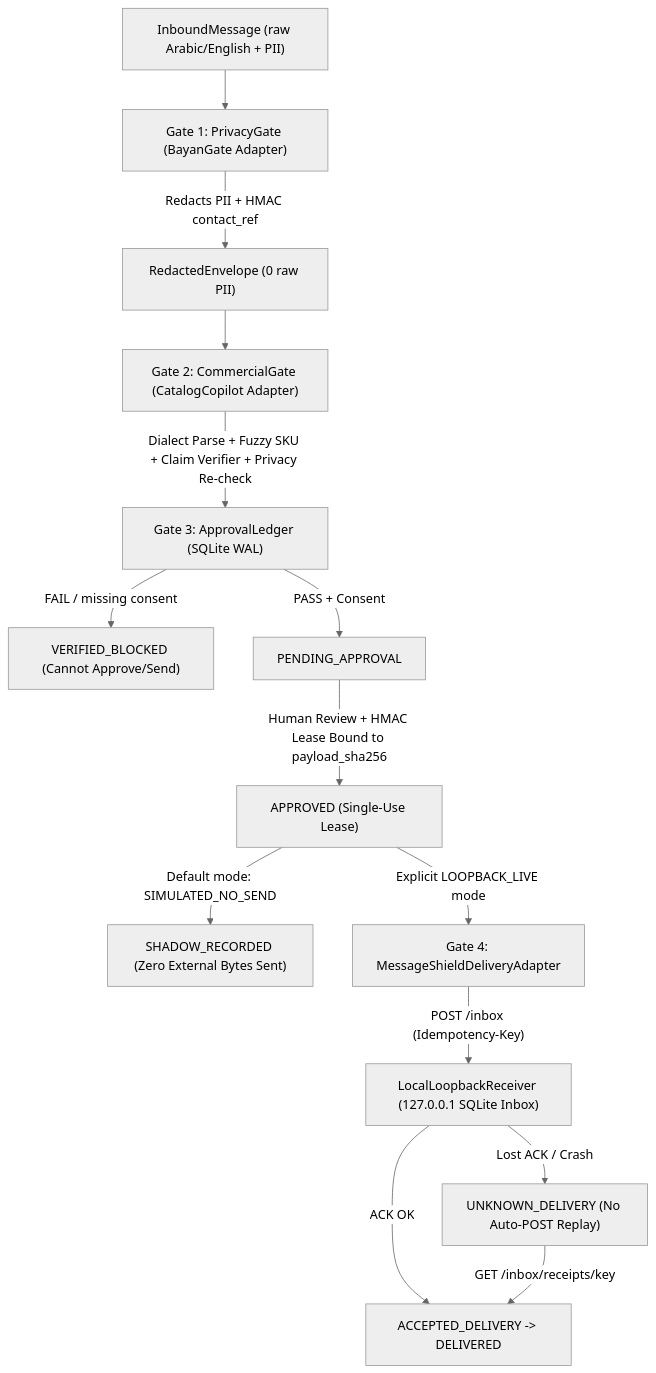
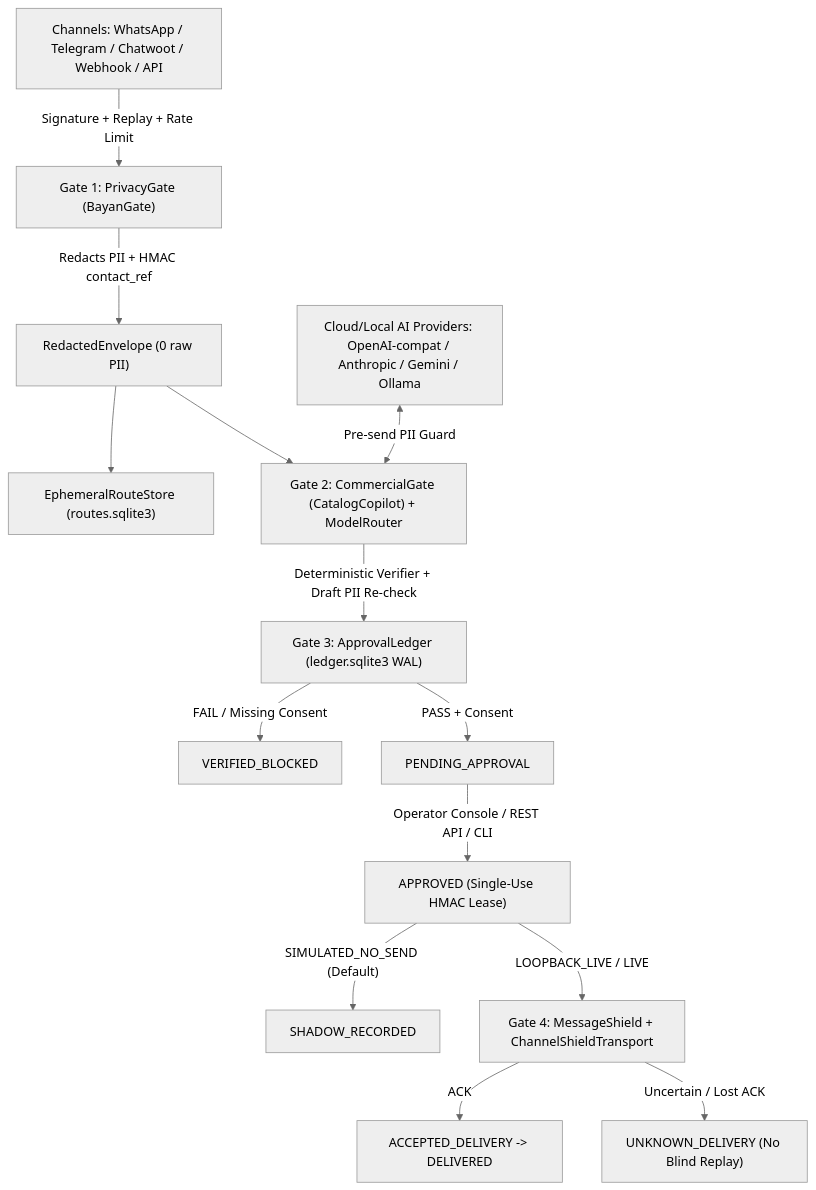
The diagram in ARCHITECTURE.md (j0581233919-creator/TijaraGuard), drawn with Mermaid (neutral theme) before and after one commit. The commit also changed other lines of this file and 86 other files, not shown here.

Commit message:
Productize TijaraGuard: vendored deps, security, migrations, real AI providers, channels, REST API, dashboard, CLI, and 48-test suite

````diff
--- a/ARCHITECTURE.md
+++ b/ARCHITECTURE.md
@@ -7,16 +7,16 @@
 ```mermaid
 flowchart TD
-    IN["InboundMessage (raw Arabic/English + PII)"] --> G1["Gate 1: PrivacyGate (BayanGate Adapter)"]
+    CH["Channels: WhatsApp / Telegram / Chatwoot / Webhook / API"] -->|"Signature + Replay + Rate Limit"| G1["Gate 1: PrivacyGate (BayanGate)"]
     G1 -->|"Redacts PII + HMAC contact_ref"| ENV["RedactedEnvelope (0 raw PII)"]
-    ENV --> G2["Gate 2: CommercialGate (CatalogCopilot Adapter)"]
-    G2 -->|"Dialect Parse + Fuzzy SKU + Claim Verifier + Privacy Re-check"| G3["Gate 3: ApprovalLedger (SQLite WAL)"]
-    G3 -->|"FAIL / missing consent"| BLK["VERIFIED_BLOCKED (Cannot Approve/Send)"]
+    ENV --> ROUTE["EphemeralRouteStore (routes.sqlite3)"]
+    ENV --> G2["Gate 2: CommercialGate (CatalogCopilot) + ModelRouter"]
+    AI["Cloud/Local AI Providers: OpenAI-compat / Anthropic / Gemini / Ollama"] <-->|"Pre-send PII Guard"| G2
+    G2 -->|"Deterministic Verifier + Draft PII Re-check"| G3["Gate 3: ApprovalLedger (ledger.sqlite3 WAL)"]
+    G3 -->|"FAIL / Missing Consent"| BLK["VERIFIED_BLOCKED"]
     G3 -->|"PASS + Consent"| PEND["PENDING_APPROVAL"]
-    PEND -->|"Human Review + HMAC Lease Bound to payload_sha256"| APPR["APPROVED (Single-Use Lease)"]
-    APPR -->|"Default mode: SIMULATED_NO_SEND"| SHAD["SHADOW_RECORDED (Zero External Bytes Sent)"]
-    APPR -->|"Explicit LOOPBACK_LIVE mode"| G4["Gate 4: MessageShieldDeliveryAdapter"]
-    G4 -->|"POST /inbox (Idempotency-Key)"| RX["LocalLoopbackReceiver (127.0.0.1 SQLite Inbox)"]
-    RX -->|"ACK OK"| DELIV["ACCEPTED_DELIVERY -> DELIVERED"]
-    RX -->|"Lost ACK / Crash"| UNK["UNKNOWN_DELIVERY (No Auto-POST Replay)"]
-    UNK -->|"GET /inbox/receipts/key"| DELIV
+    PEND -->|"Operator Console / REST API / CLI"| APPR["APPROVED (Single-Use HMAC Lease)"]
+    APPR -->|"SIMULATED_NO_SEND (Default)"| SHAD["SHADOW_RECORDED"]
+    APPR -->|"LOOPBACK_LIVE / LIVE"| G4["Gate 4: MessageShield + ChannelShieldTransport"]
+    G4 -->|"ACK"| DELIV["ACCEPTED_DELIVERY -> DELIVERED"]
+    G4 -->|"Uncertain / Lost ACK"| UNK["UNKNOWN_DELIVERY (No Blind Replay)"]
 ```
````
